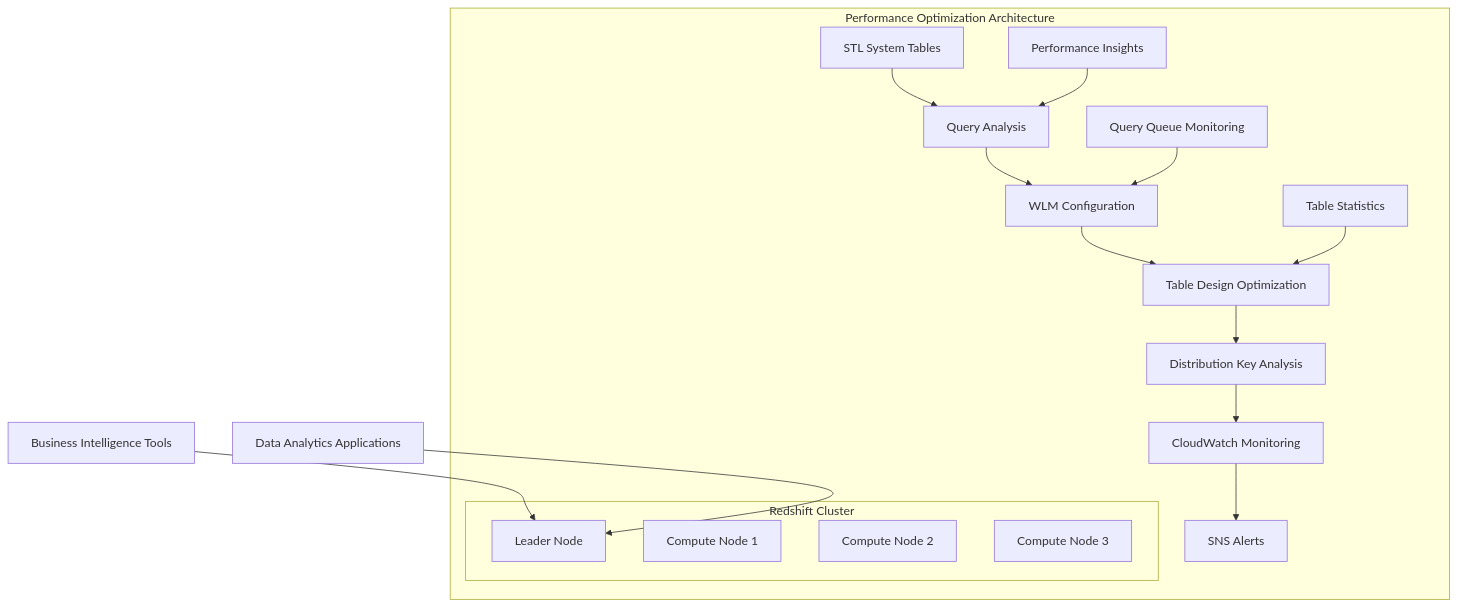
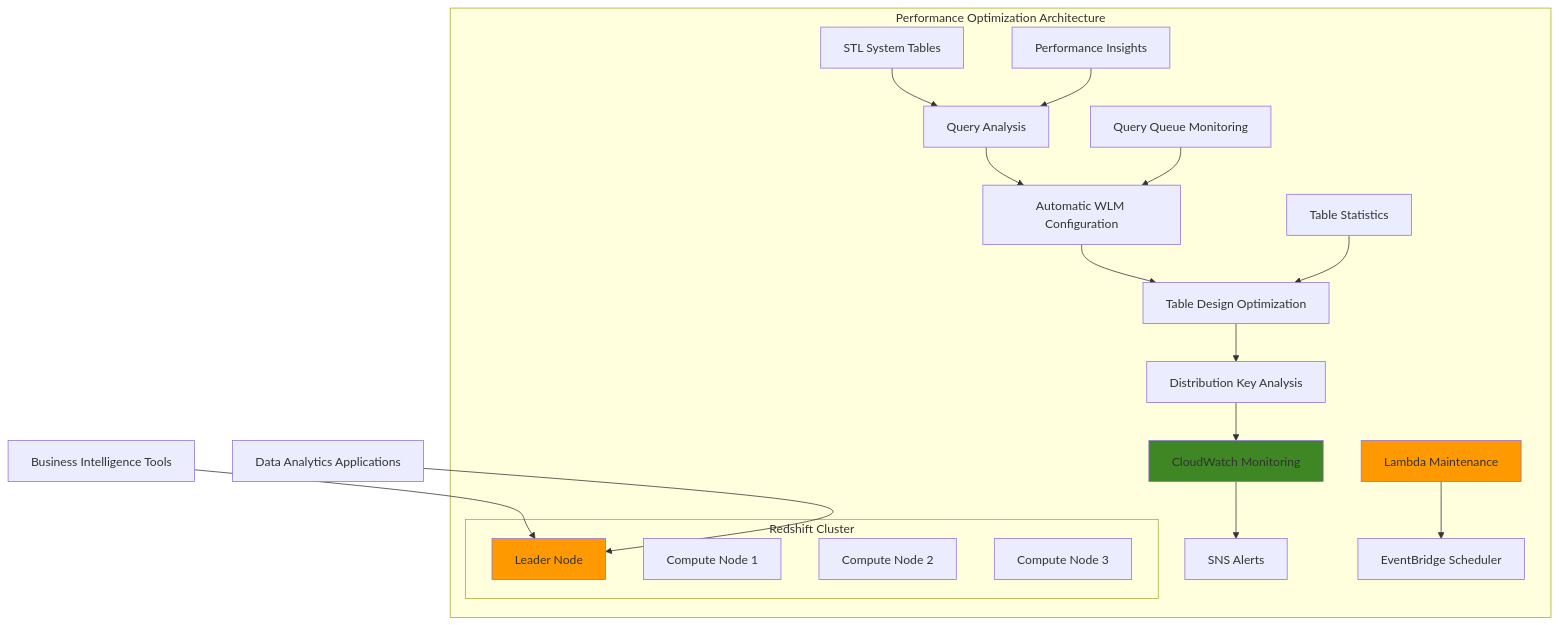
One commit to mzazon/awesome-cloud-projects changed the diagram in aws/redshift-performance-optimization/redshift-performance-optimization.md. Above: the diagram before and after it, drawn with Mermaid. The commit also changed other lines of this file and 5581 other files, not shown here.

````diff
--- a/aws/redshift-performance-optimization/redshift-performance-optimization.md
+++ b/aws/redshift-performance-optimization/redshift-performance-optimization.md
@@ -28,25 +30,30 @@
 ```mermaid
-graph TD
+graph TB
     subgraph "Performance Optimization Architecture"
-        A[Query Analysis] --> B[WLM Configuration]
+        A[Query Analysis] --> B[Automatic WLM Configuration]
         B --> C[Table Design Optimization]
         C --> D[Distribution Key Analysis]
         D --> E[CloudWatch Monitoring]
         E --> F[SNS Alerts]
         
         subgraph "Redshift Cluster"
             G[Leader Node]
             H[Compute Node 1]
             I[Compute Node 2]
             J[Compute Node 3]
         end
         
         K[STL System Tables] --> A
         L[Performance Insights] --> A
         M[Query Queue Monitoring] --> B
         N[Table Statistics] --> C
+        O[Lambda Maintenance] --> P[EventBridge Scheduler]
     end
     
-    O[Business Intelligence Tools] --> G
-    P[Data Analytics Applications] --> G
+    Q[Business Intelligence Tools] --> G
+    R[Data Analytics Applications] --> G
+    
+    style G fill:#FF9900
+    style O fill:#FF9900
+    style E fill:#3F8624
 ```
````
